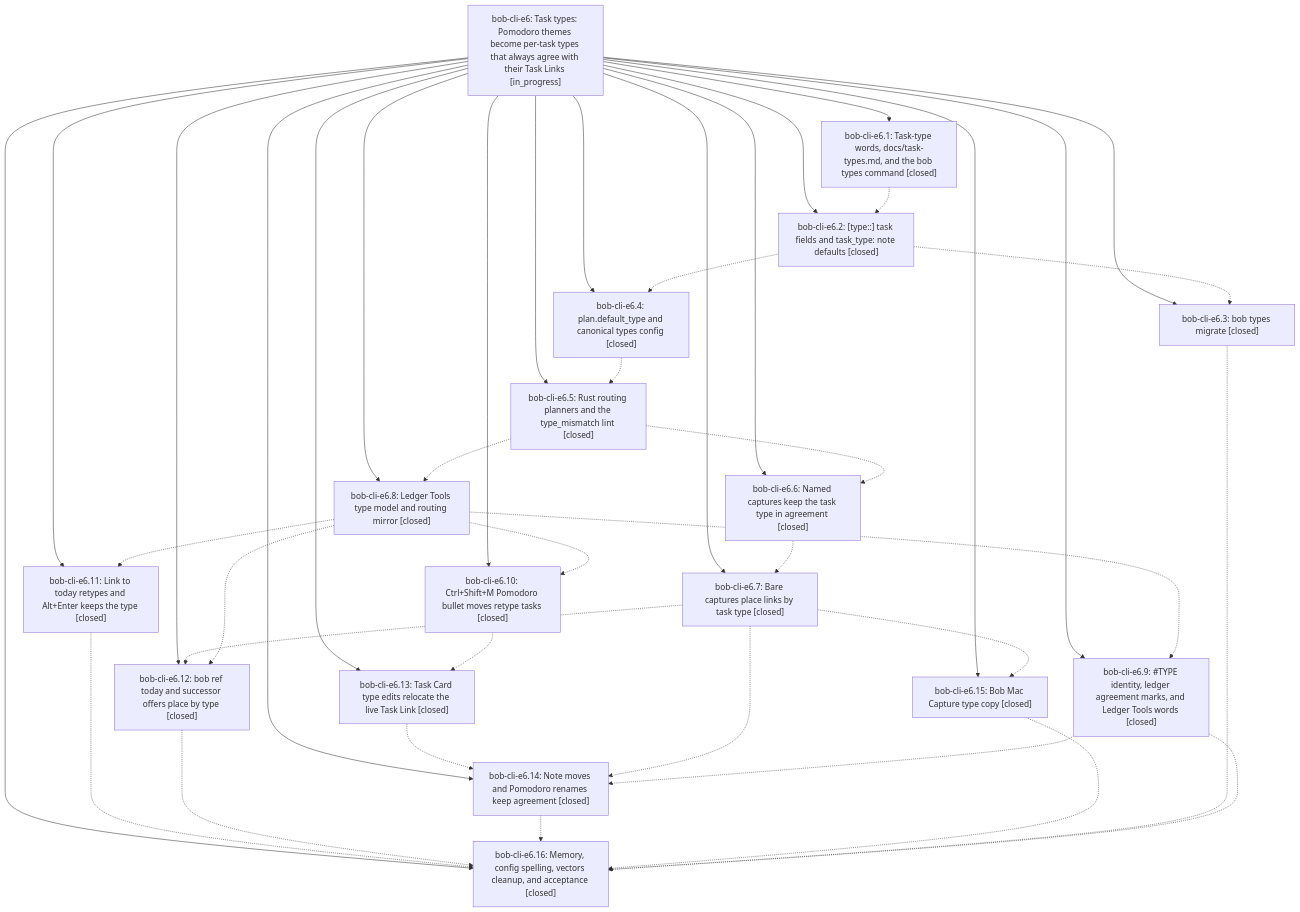
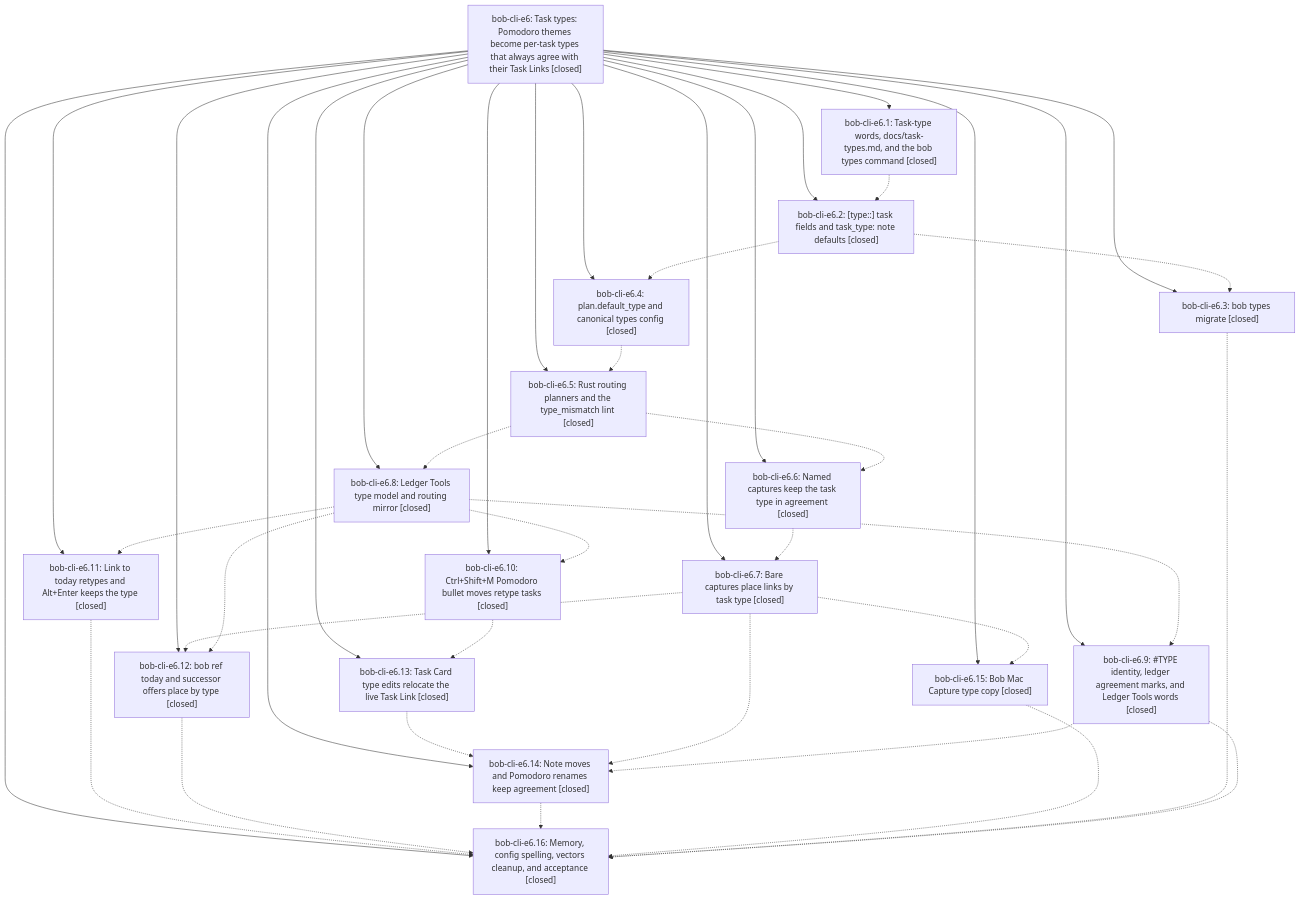
One commit to bobs-org/bob-cli--beads changed the diagram in pages/bob-cli-e6/README.md. Above: the diagram before and after it, drawn with Mermaid. The commit also changed other lines of this file and 3 other files, not shown here.

First line of the commit message:
chore(beads): sync bead state and pages for bob-cli-e6

````diff
--- a/pages/bob-cli-e6/README.md
+++ b/pages/bob-cli-e6/README.md
@@ -63,59 +76,59 @@
 ```mermaid
 flowchart TD
-    n0["bob-cli-e6: Task types: Pomodoro themes become per-task types that always agree with their Task Links [in_progress]"]
+    n0["bob-cli-e6: Task types: Pomodoro themes become per-task types that always agree with their Task Links [closed]"]
     n1["bob-cli-e6.1: Task-type words, docs/task-types.md, and the bob types command [closed]"]
     n2["bob-cli-e6.10: Ctrl+Shift+M Pomodoro bullet moves retype tasks [closed]"]
     n3["bob-cli-e6.11: Link to today retypes and Alt+Enter keeps the type [closed]"]
     n4["bob-cli-e6.12: bob ref today and successor offers place by type [closed]"]
     n5["bob-cli-e6.13: Task Card type edits relocate the live Task Link [closed]"]
     n6["bob-cli-e6.14: Note moves and Pomodoro renames keep agreement [closed]"]
     n7["bob-cli-e6.15: Bob Mac Capture type copy [closed]"]
     n8["bob-cli-e6.16: Memory, config spelling, vectors cleanup, and acceptance [closed]"]
     n9["bob-cli-e6.2: [type::] task fields and task_type: note defaults [closed]"]
     n10["bob-cli-e6.3: bob types migrate [closed]"]
     n11["bob-cli-e6.4: plan.default_type and canonical types config [closed]"]
     n12["bob-cli-e6.5: Rust routing planners and the type_mismatch lint [closed]"]
     n13["bob-cli-e6.6: Named captures keep the task type in agreement [closed]"]
     n14["bob-cli-e6.7: Bare captures place links by task type [closed]"]
     n15["bob-cli-e6.8: Ledger Tools type model and routing mirror [closed]"]
     n16["bob-cli-e6.9: #TYPE identity, ledger agreement marks, and Ledger Tools words [closed]"]
     n0 --> n1
     n0 --> n2
     n0 --> n3
     n0 --> n4
     n0 --> n5
     n0 --> n6
     n0 --> n7
     n0 --> n8
     n0 --> n9
     n0 --> n10
     n0 --> n11
     n0 --> n12
     n0 --> n13
     n0 --> n14
     n0 --> n15
     n0 --> n16
     n1 -.-> n9
     n2 -.-> n5
     n3 -.-> n8
     n4 -.-> n8
     n5 -.-> n6
     n6 -.-> n8
     n7 -.-> n8
     n9 -.-> n10
     n9 -.-> n11
     n10 -.-> n8
     n11 -.-> n12
     n12 -.-> n13
     n12 -.-> n15
     n13 -.-> n14
     n14 -.-> n4
     n14 -.-> n6
     n14 -.-> n7
     n15 -.-> n2
     n15 -.-> n3
     n15 -.-> n4
     n15 -.-> n16
     n16 -.-> n6
     n16 -.-> n8
 ```
````
